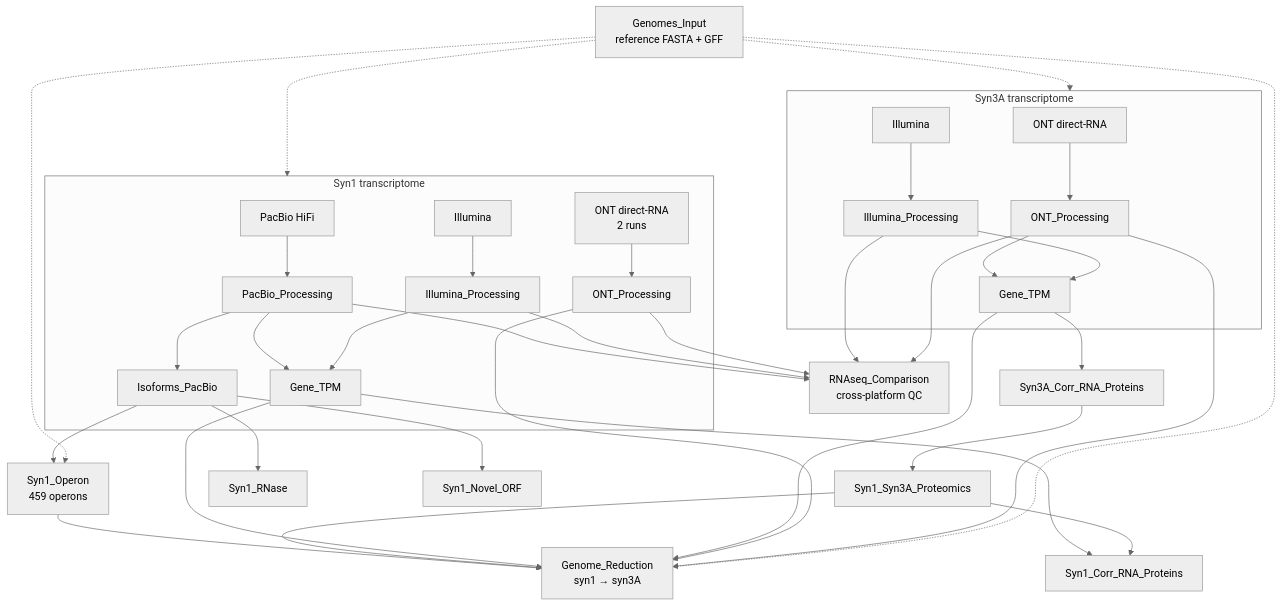
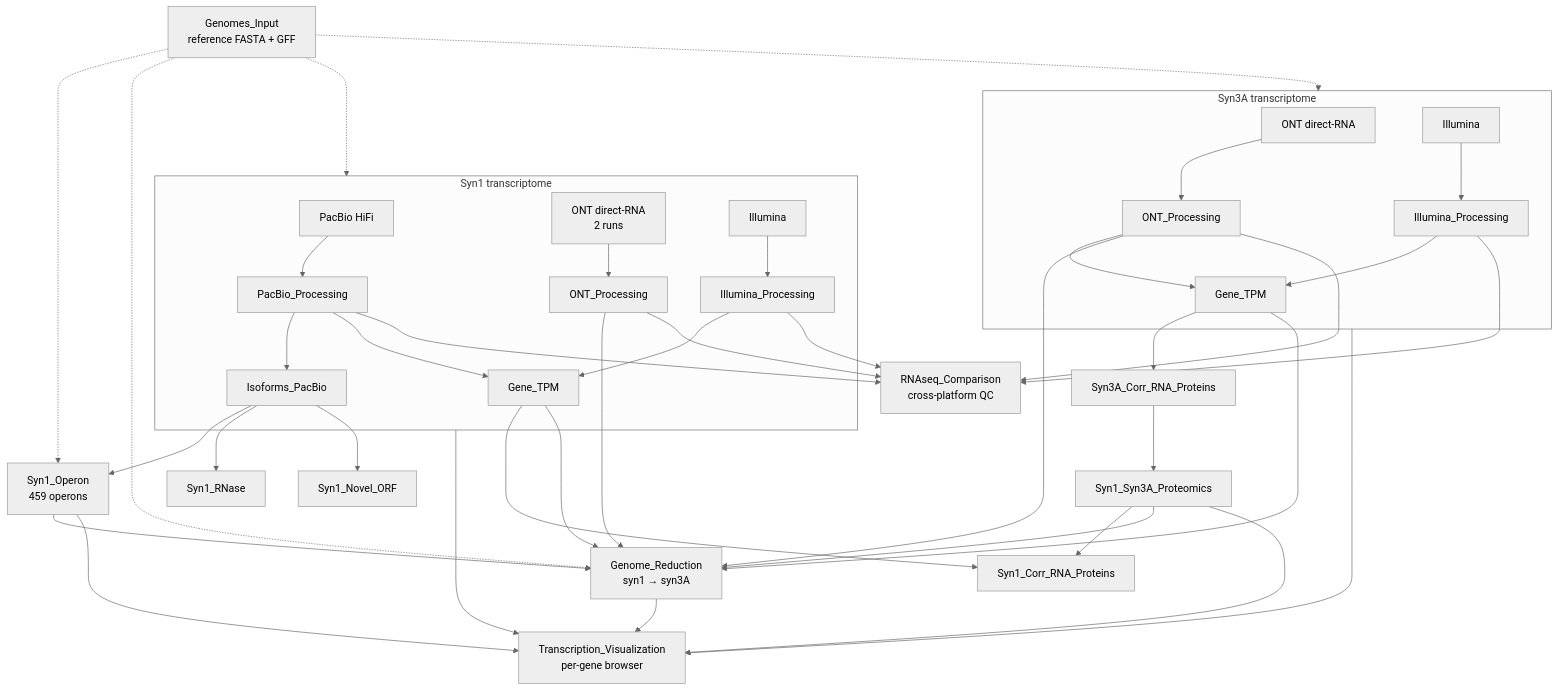
The diagram in README.md (enguangfu/Minimal_Cells_Transcriptomics_Proteomics), drawn with Mermaid (neutral theme) before and after one commit. The commit also changed other lines of this file and 6 other files, not shown here.

Commit message:
add transcription visualization scripts

````diff
--- a/README.md
+++ b/README.md
@@ -57,46 +59,52 @@
 ```mermaid
 flowchart TD
     GEN["Genomes_Input<br/>reference FASTA + GFF"]
 
     subgraph SYN1["Syn1 transcriptome"]
         PB["PacBio HiFi"] --> PBP["PacBio_Processing"] --> ISO["Isoforms_PacBio"]
         ONT1["ONT direct-RNA<br/>2 runs"] --> ONTP1["ONT_Processing"]
         ILL1["Illumina"] --> ILP1["Illumina_Processing"]
         PBP --> TPM1["Gene_TPM"]
         ILP1 --> TPM1
     end
 
     subgraph SYN3["Syn3A transcriptome"]
         ONT["ONT direct-RNA"] --> ONTP["ONT_Processing"]
         ILL3["Illumina"] --> ILP3["Illumina_Processing"]
         ONTP --> TPM3["Gene_TPM"]
         ILP3 --> TPM3
     end
 
     PROT["Syn1_Syn3A_Proteomics"]
 
     ISO --> OPN["Syn1_Operon<br/>459 operons"]
     ISO --> RNASE["Syn1_RNase"]
     ISO --> NOV["Syn1_Novel_ORF"]
     TPM1 --> CORR["Syn1_Corr_RNA_Proteins"]
     PROT --> CORR
     TPM3 --> S3C["Syn3A_Corr_RNA_Proteins"]
     S3C --> PROT
     OPN --> GR["Genome_Reduction<br/>syn1 → syn3A"]
     PROT --> GR
     TPM1 --> GR
     TPM3 --> GR
     ONTP1 --> GR
     ONTP --> GR
 
+    SYN1 --> VIZ["Transcription_Visualization<br/>per-gene browser"]
+    SYN3 --> VIZ
+    OPN --> VIZ
+    PROT --> VIZ
+    GR --> VIZ
+
     PBP --> RC["RNAseq_Comparison<br/>cross-platform QC"]
     ILP1 --> RC
     ONTP1 --> RC
     ILP3 --> RC
     ONTP --> RC
 
     GEN -.-> SYN1
     GEN -.-> SYN3
     GEN -.-> OPN
     GEN -.-> GR
 ```
````
